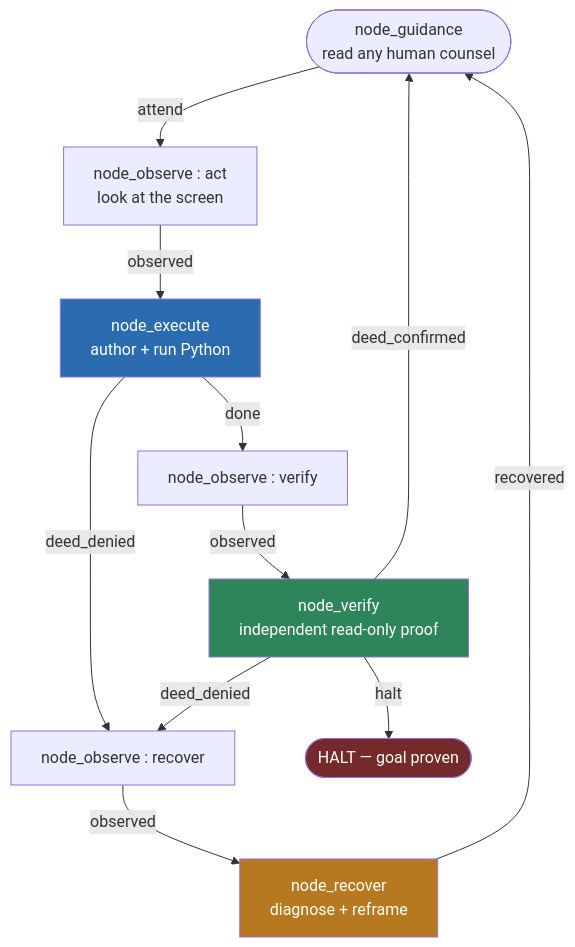
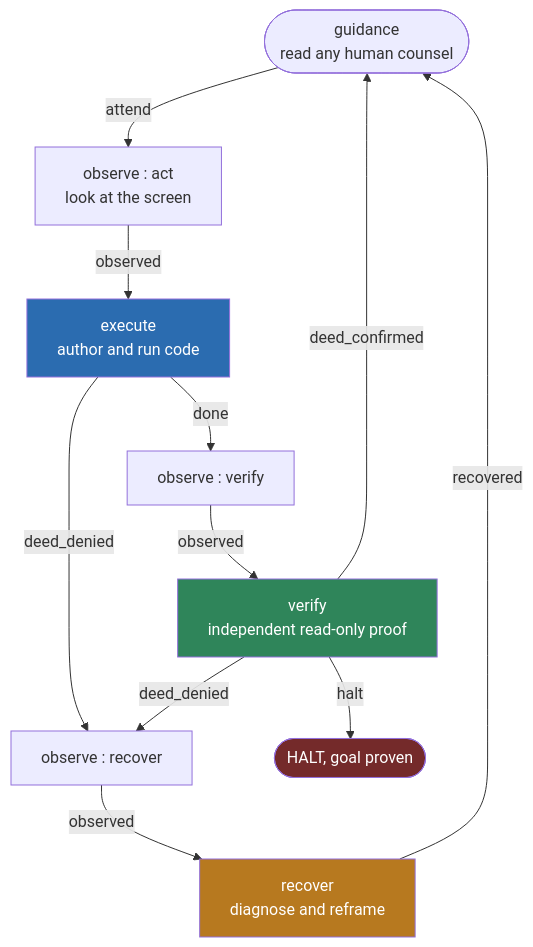
One commit to wgabrys88/endgame-ai changed the third of 5 diagrams in README.md. Above: the diagram before and after it, drawn with Mermaid. The commit also changed other lines of this file, not shown here.

````diff
--- a/README.md
+++ b/README.md
@@ -215,18 +284,18 @@
 ```mermaid
 flowchart TD
-    G([node_guidance<br/>read any human counsel]) -->|attend| OA[node_observe : act<br/>look at the screen]
-    OA -->|observed| E[node_execute<br/>author + run Python]
-    E -->|done| OV[node_observe : verify]
-    E -->|deed_denied| OR[node_observe : recover]
-    OV -->|observed| V[node_verify<br/>independent read-only proof]
-    OR -->|observed| R[node_recover<br/>diagnose + reframe]
+    G([guidance<br/>read any human counsel]) -->|attend| OA[observe : act<br/>look at the screen]
+    OA -->|observed| E[execute<br/>author and run code]
+    E -->|done| OV[observe : verify]
+    E -->|deed_denied| OR[observe : recover]
+    OV -->|observed| V[verify<br/>independent read-only proof]
+    OR -->|observed| R[recover<br/>diagnose and reframe]
     V -->|deed_confirmed| G
     V -->|deed_denied| OR
-    V -->|halt| H([HALT — goal proven])
+    V -->|halt| H([HALT, goal proven])
     R -->|recovered| G
 
     style E fill:#2b6cb0,color:#fff
     style V fill:#2f855a,color:#fff
     style R fill:#b7791f,color:#fff
     style H fill:#742a2a,color:#fff
 ```
````
